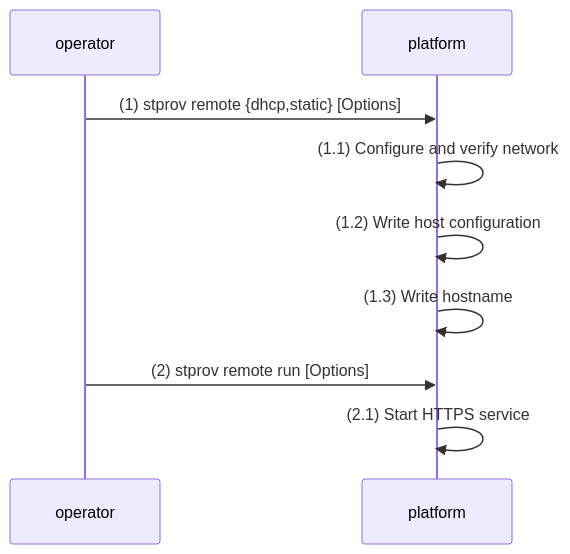
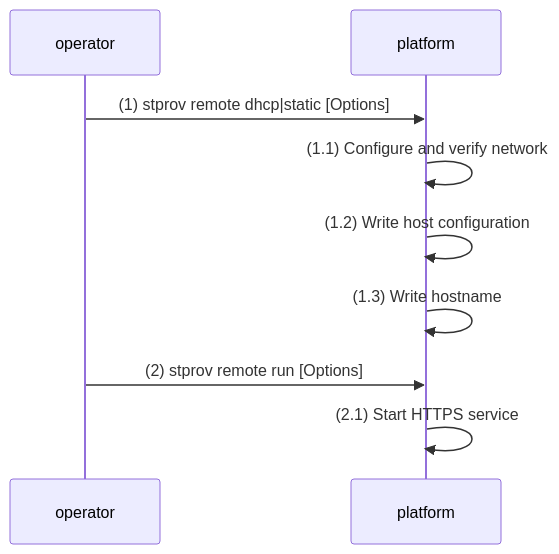
The second of 3 diagrams in docs/stprov-system.md (system-transparency/stprov), drawn with Mermaid before and after one commit. The commit also changed 1 other file, not shown here.

Commit message:
docs: Make syntax more consistent
See what was introduced in the COMMANDS section.

````diff
--- a/docs/stprov-system.md
+++ b/docs/stprov-system.md
@@ -106,15 +106,15 @@
 ```mermaid
 sequenceDiagram
 
 participant operator
 participant platform
 
-operator->>platform: (1) stprov remote {dhcp,static} [Options]
+operator->>platform: (1) stprov remote dhcp|static [Options]
 
 platform->>platform: (1.1) Configure and verify network
 platform->>platform: (1.2) Write host configuration
 platform->>platform: (1.3) Write hostname
 
 operator->>platform: (2) stprov remote run [Options]
 platform->>platform: (2.1) Start HTTPS service
 ```
````
